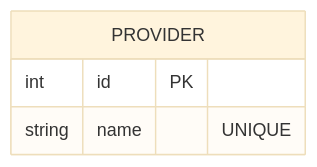
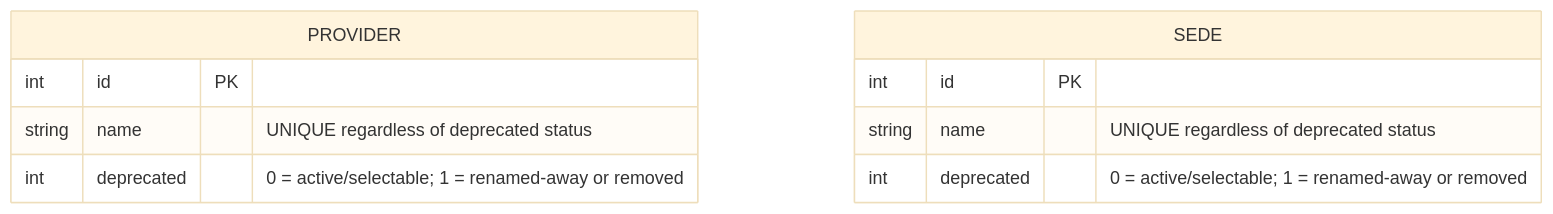
One commit to Bunshock/nexus-it changed the second of 4 diagrams in docs/database.md. Above: the diagram before and after it, drawn with Mermaid (base theme). The commit also changed other lines of this file and 5 other files, not shown here.

````diff
--- a/docs/database.md
+++ b/docs/database.md
@@ -56,8 +58,15 @@
 ```mermaid
 
 erDiagram
     PROVIDER {
         int id PK
-        string name "UNIQUE"
+        string name "UNIQUE regardless of deprecated status"
+        int deprecated "0 = active/selectable; 1 = renamed-away or removed"
+    }
+
+    SEDE {
+        int id PK
+        string name "UNIQUE regardless of deprecated status"
+        int deprecated "0 = active/selectable; 1 = renamed-away or removed"
     }
 ```
````
